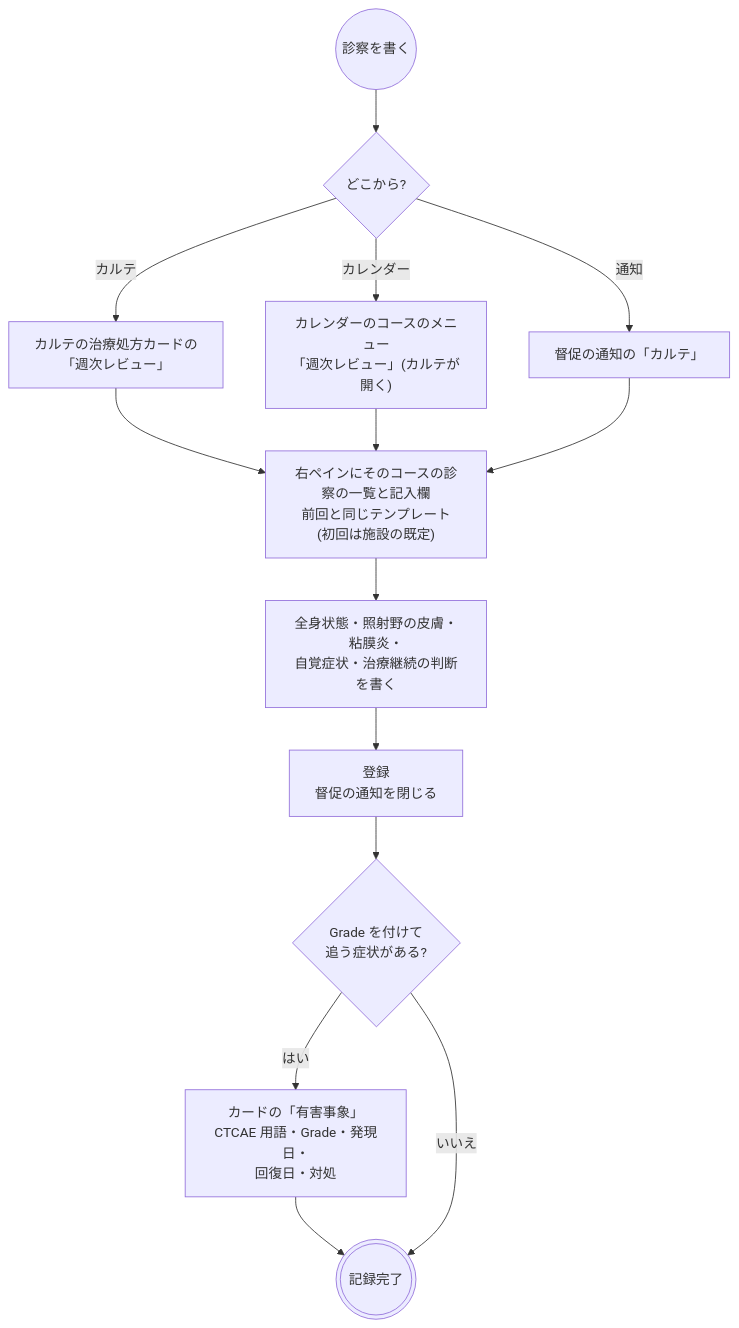
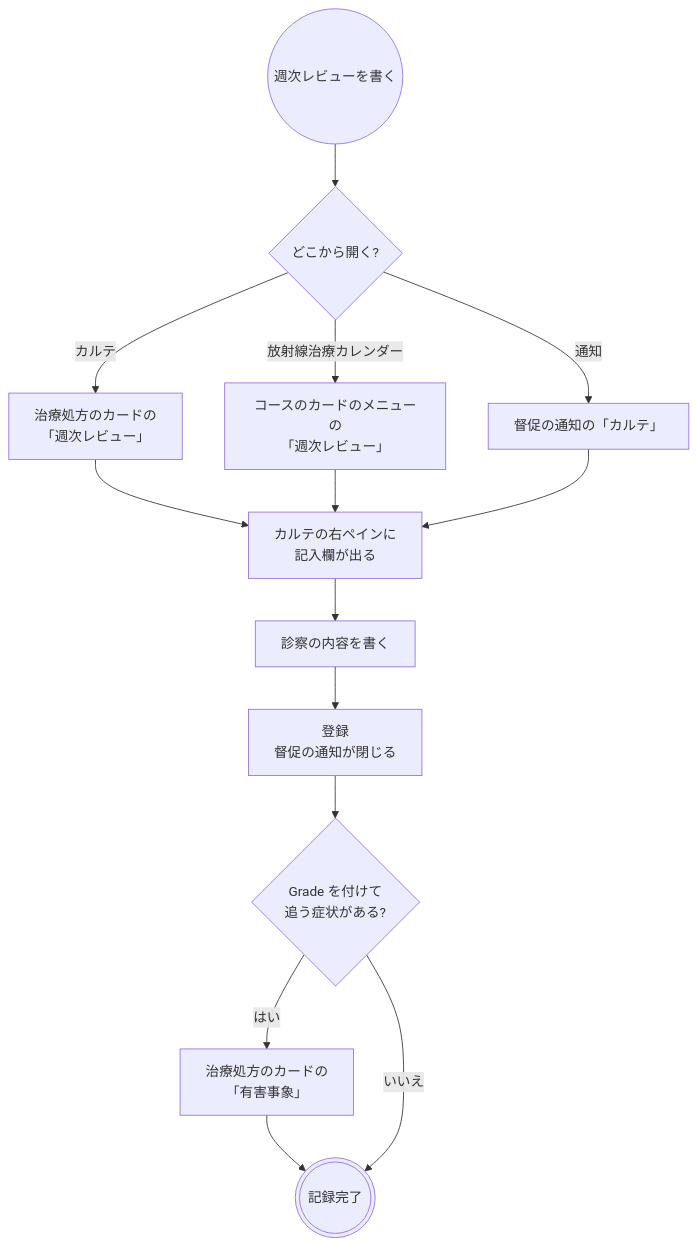
Before and after one commit to ysnr-dev/fhir-client-docs: the fifth of 6 diagrams in docs/flows/radiotherapy.md, drawn with Mermaid. The commit also changed other lines of this file and 43 other files, not shown here.

Commit message:
docs: 業務フローとシーケンス図を写し直し

````diff
--- a/docs/flows/radiotherapy.md
+++ b/docs/flows/radiotherapy.md
@@ -213,22 +298,22 @@
 ```mermaid
 flowchart TD
-  entry(("診察を書く"))
-  from{"どこから?"}
-  karte["カルテの治療処方カードの<br/>「週次レビュー」"]
-  calendar["カレンダーのコースのメニュー<br/>「週次レビュー」(カルテが開く)"]
+  entry(("週次レビューを書く"))
+  from{"どこから開く?"}
+  karte["治療処方のカードの<br/>「週次レビュー」"]
+  calendar["コースのカードのメニューの<br/>「週次レビュー」"]
   bell["督促の通知の「カルテ」"]
-  pane["右ペインにそのコースの診察の一覧と記入欄<br/>前回と同じテンプレート<br/>(初回は施設の既定)"]
-  write["全身状態・照射野の皮膚・粘膜炎・<br/>自覚症状・治療継続の判断を書く"]
-  save["登録<br/>督促の通知を閉じる"]
+  pane["カルテの右ペインに<br/>記入欄が出る"]
+  write["診察の内容を書く"]
+  save["登録<br/>督促の通知が閉じる"]
   grade{"Grade を付けて<br/>追う症状がある?"}
-  adverse["カードの「有害事象」<br/>CTCAE 用語・Grade・発現日・<br/>回復日・対処"]
+  adverse["治療処方のカードの<br/>「有害事象」"]
   done((("記録完了")))
 
   entry --> from
   from -- "カルテ" --> karte --> pane
-  from -- "カレンダー" --> calendar --> pane
+  from -- "放射線治療カレンダー" --> calendar --> pane
   from -- "通知" --> bell --> pane
   pane --> write --> save --> grade
   grade -- "はい" --> adverse --> done
   grade -- "いいえ" --> done
 ```
````
